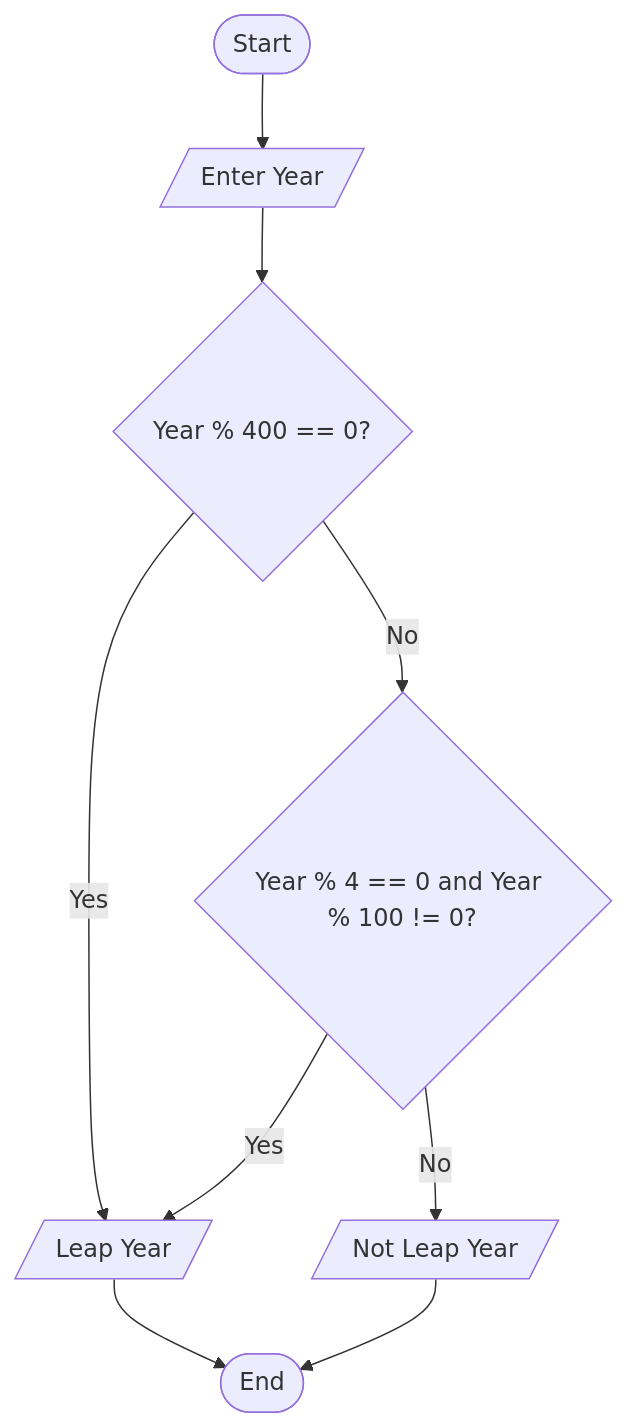
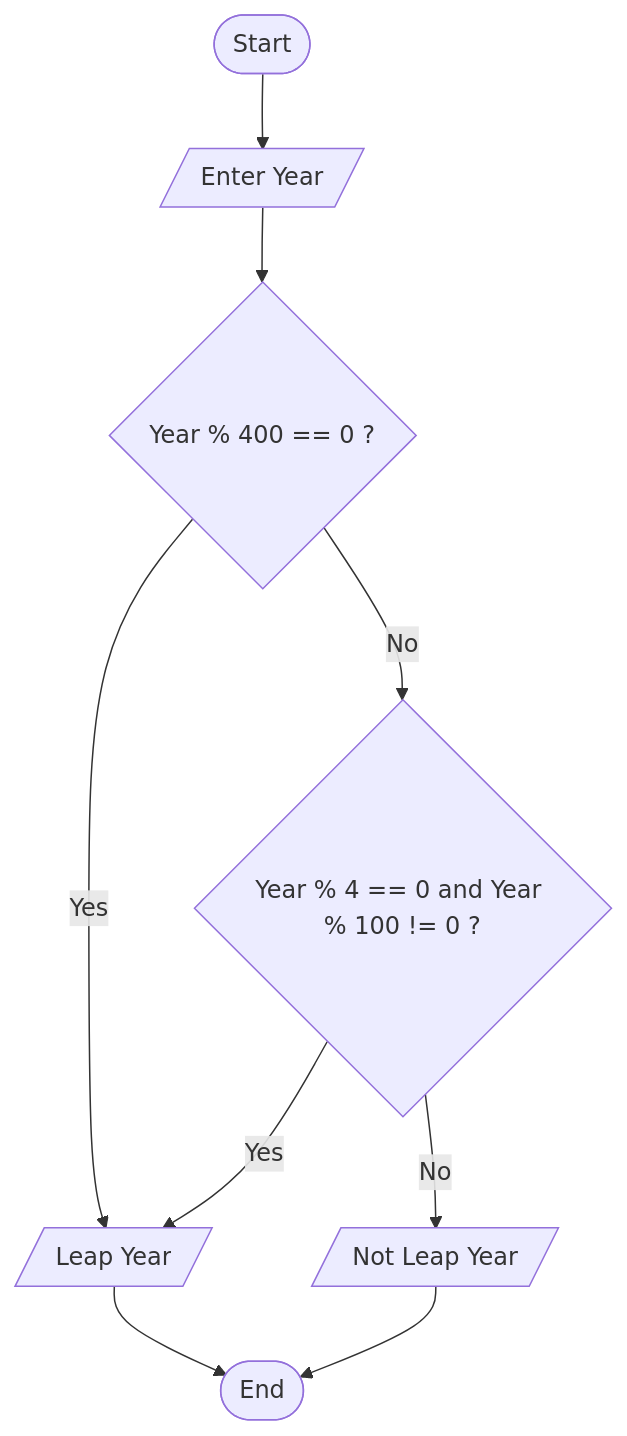
Diagram 17 of 20 in README.md (cwa-web/BasicPythonPrograms), drawn with Mermaid before and after one commit. The commit also changed other lines of this file, not shown here.

First line of the commit message:
Refactor flow diagrams to use Mermaid syntax

````diff
--- a/README.md
+++ b/README.md
@@ -502,11 +524,11 @@
   ```mermaid
   flowchart TD
       A([Start]) --> B[/Enter Year/]
-      B --> C{Year % 400 == 0?}
+      B --> C{"Year % 400 == 0 ?"}
       C -- Yes --> D[/Leap Year/]
-      C -- No --> E{Year % 4 == 0 and Year % 100 != 0?}
+      C -- No --> E{"Year % 4 == 0 and Year % 100 != 0 ?"}
       E -- Yes --> D
       E -- No --> F[/Not Leap Year/]
       D --> G([End])
       F --> G
   ```
````
